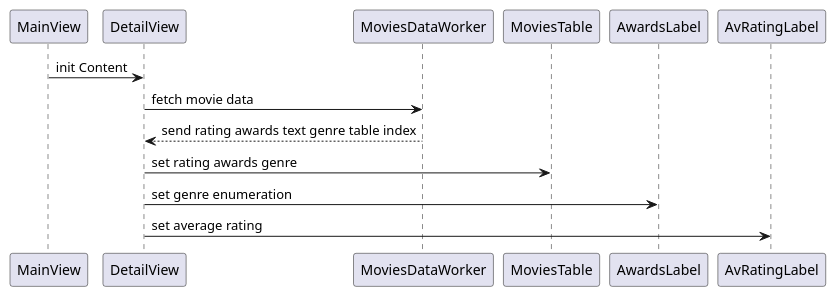
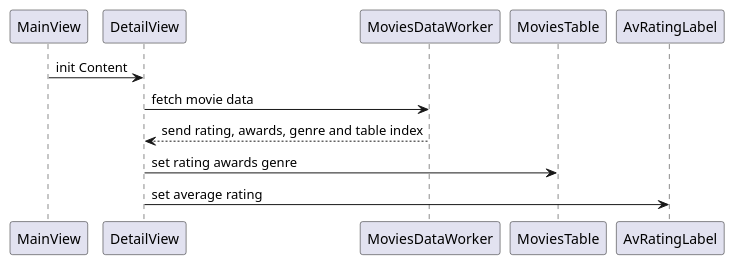
The diagram in Document/moviesdataworker.wsd (snakept/imdb_software_actors), drawn with PlantUML before and after one commit. The commit also changed 1 other file, not shown here.

Commit message:
- updated sequence

```diff
--- a/Document/moviesdataworker.wsd
+++ b/Document/moviesdataworker.wsd
@@ -1,10 +1,9 @@
 @startuml movies-data-worker-sequence 
 
 MainView -> DetailView: init Content
 DetailView -> MoviesDataWorker: fetch movie data
-MoviesDataWorker --> DetailView: send rating awards text genre table index
+MoviesDataWorker --> DetailView: send rating, awards, genre and table index
 DetailView -> MoviesTable: set rating awards genre
-DetailView -> AwardsLabel: set genre enumeration
 DetailView -> AvRatingLabel: set average rating
 
 @enduml
```
